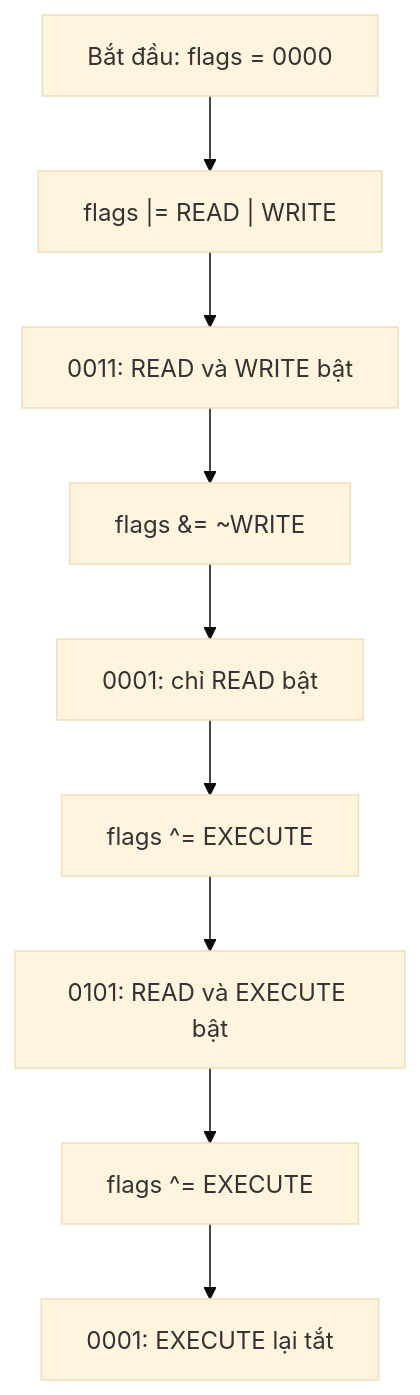
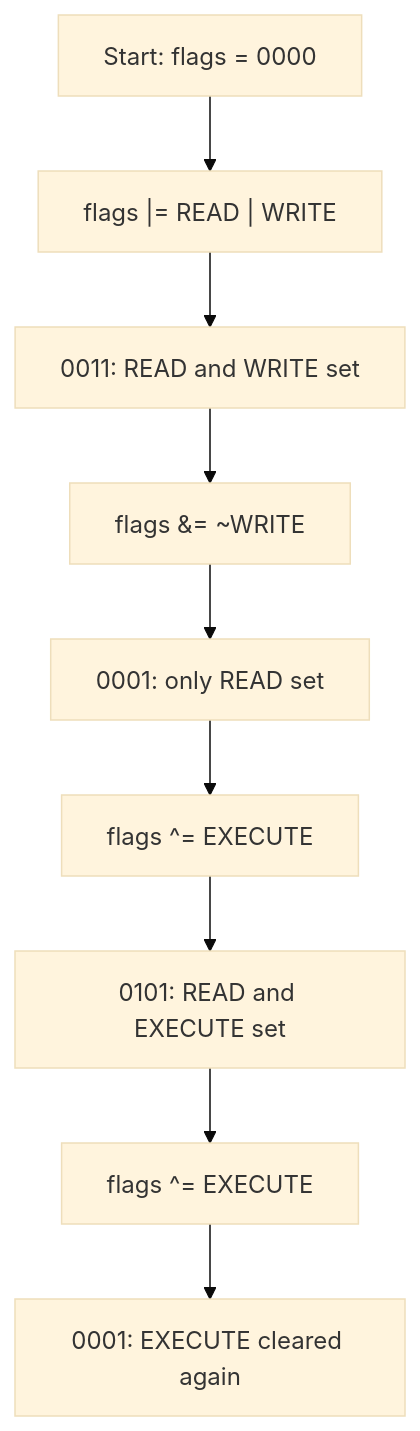
The diagram in module/platform/development/programming/language/java/core/language-basics/content/knowledge/en/18.bitwise-operators/bitwise-operators-007.md (phuongnguyenit93/learning-platform-data), drawn with Mermaid (base theme) before and after one commit. The commit also changed other lines of this file and 2307 other files, not shown here.

```diff
--- a/module/platform/development/programming/language/java/core/language-basics/content/knowledge/en/18.bitwise-operators/bitwise-operators-007.md
+++ b/module/platform/development/programming/language/java/core/language-basics/content/knowledge/en/18.bitwise-operators/bitwise-operators-007.md
@@ -215,11 +215,11 @@
 ~~~mermaid
 flowchart TD
-    A["Bắt đầu: flags = 0000"] --> B["flags |= READ | WRITE"]
-    B --> C["0011: READ và WRITE bật"]
+    A["Start: flags = 0000"] --> B["flags |= READ | WRITE"]
+    B --> C["0011: READ and WRITE set"]
     C --> D["flags &= ~WRITE"]
-    D --> E["0001: chỉ READ bật"]
+    D --> E["0001: only READ set"]
     E --> F["flags ^= EXECUTE"]
-    F --> G["0101: READ và EXECUTE bật"]
+    F --> G["0101: READ and EXECUTE set"]
     G --> H["flags ^= EXECUTE"]
-    H --> I["0001: EXECUTE lại tắt"]
+    H --> I["0001: EXECUTE cleared again"]
 ~~~
```
